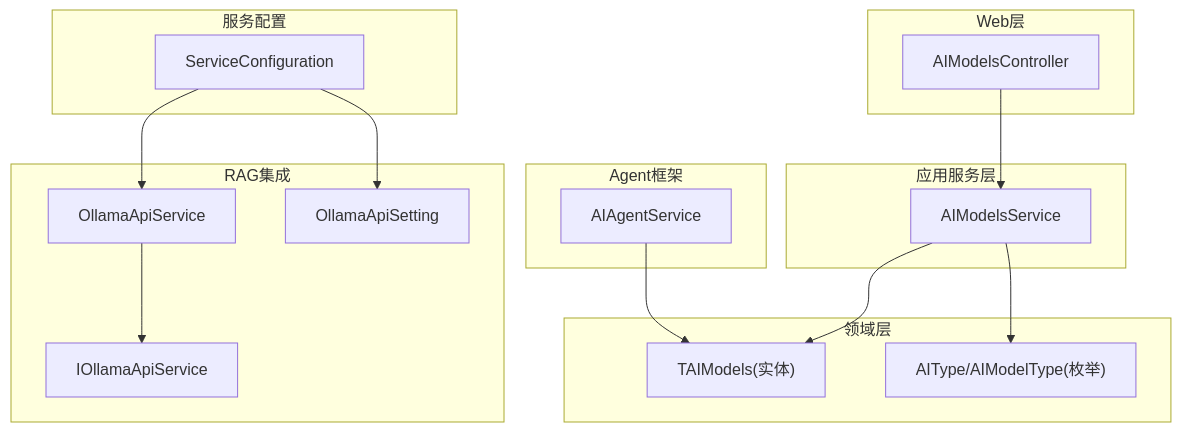
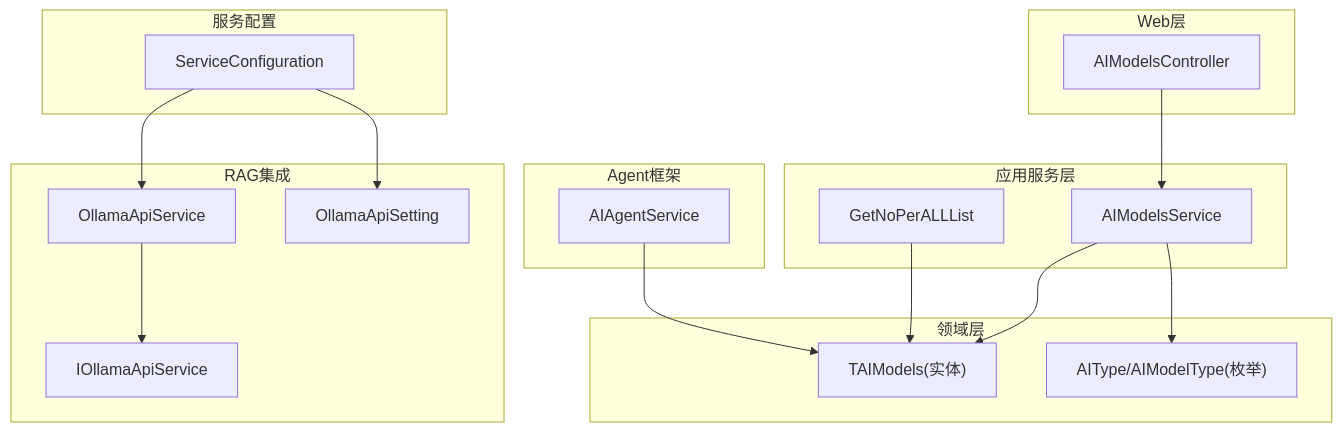
One commit to junkai-li/NetCoreKevin changed the first of 7 diagrams in .qoder/repowiki/zh/content/核心模块/AI智能助手/AI模型管理.md. Above: the diagram before and after it, drawn with Mermaid. The commit also changed other lines of this file and 7 other files, not shown here.

````diff
--- a/.qoder/repowiki/zh/content/核心模块/AI智能助手/AI模型管理.md
+++ b/.qoder/repowiki/zh/content/核心模块/AI智能助手/AI模型管理.md
@@ -39,31 +51,33 @@
 ```mermaid
 graph TB
 subgraph "Web层"
 C["AIModelsController"]
 end
 subgraph "应用服务层"
 S["AIModelsService"]
+S2["GetNoPerALLList"]
 end
 subgraph "领域层"
 E["TAIModels(实体)"]
 T["AIType/AIModelType(枚举)"]
 end
 subgraph "Agent框架"
 A["AIAgentService"]
 end
 subgraph "RAG集成"
 O["OllamaApiService"]
 OS["IOllamaApiService"]
 Sg["OllamaApiSetting"]
 end
 subgraph "服务配置"
 SC["ServiceConfiguration"]
 end
 C --> S
 S --> E
 S --> T
+S2 --> E
 A --> E
 SC --> O
 SC --> Sg
 O --> OS
 ```
````
